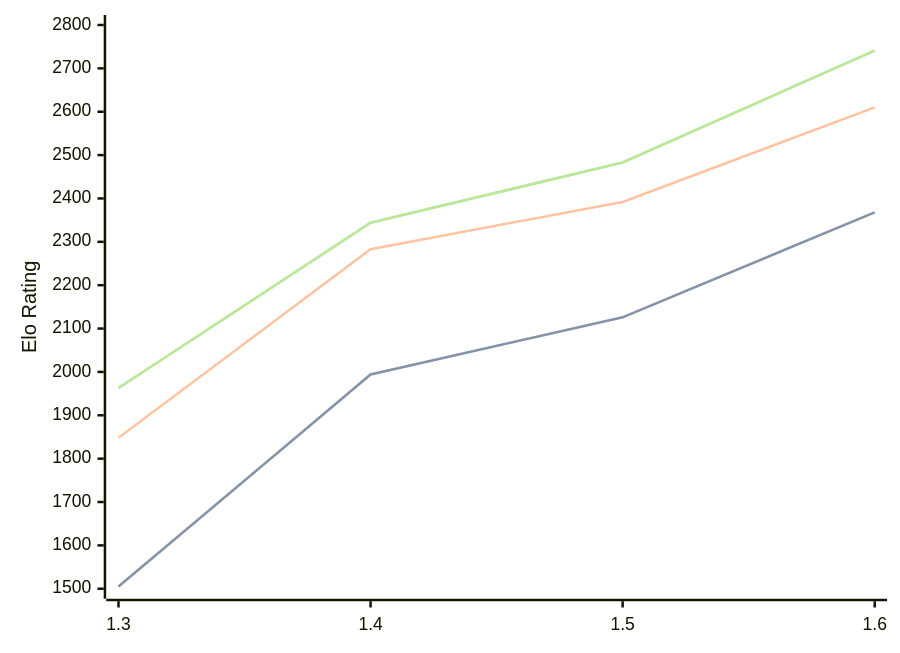
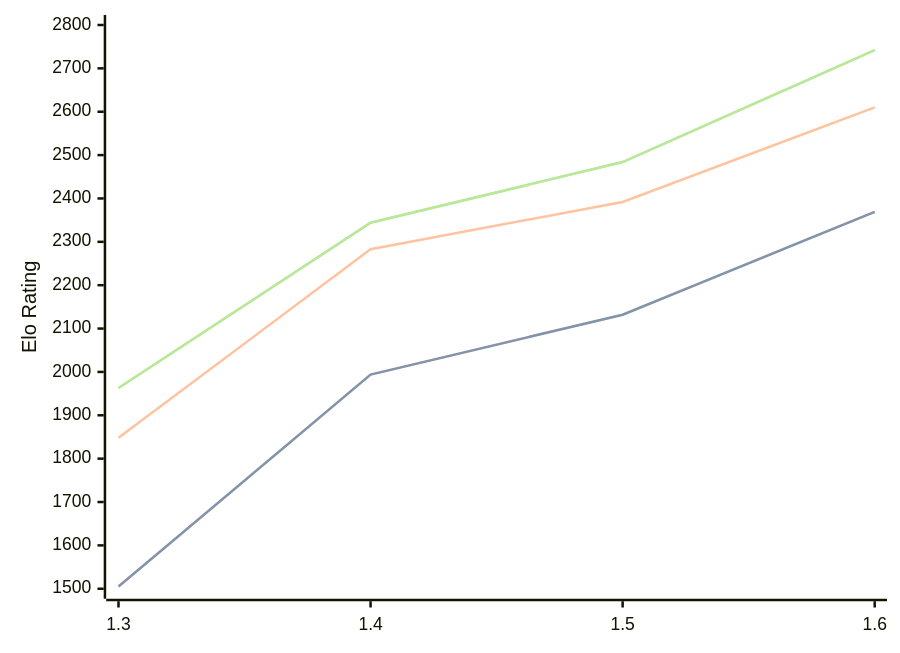
Before and after one commit to computer-chess-index/cci: the first of 3 diagrams in engines/Facon.md, drawn with Mermaid. The commit also changed other lines of this file, not shown here.

Commit message:
Update CCI Ratings (ELO VLTC) - 2026-07-11

````diff
--- a/engines/Facon.md
+++ b/engines/Facon.md
@@ -37,11 +37,11 @@
 ```mermaid
 %%{init: {"theme":"base","themeVariables":{"seriesColors:['#a3a3a3','#222221','#faa371']}}}%%
 xychart-beta
   x-axis ["1.3", "1.4", "1.5", "1.6"]
   y-axis "Elo Rating" 1500 --> 2800
-  line "STC (8.0+0.08s)" [1505, 1994, 2126, 2368]
-  line "STC (8.0+0.08s)" [1505, 1994, 2126, 2368]
+  line "STC (8.0+0.08s)" [1505, 1994, 2132, 2369]
+  line "STC (8.0+0.08s)" [1505, 1994, 2132, 2369]
   line "LTC (60.0+0.60s)" [1848, 2283, 2392, 2610]
-  line "VLTC (2m24s+1.12s)" [1963, 2344, 2483, 2741]
-  line "VLTC (2m24s+1.12s)" [1963, 2344, 2483, 2741]
+  line "VLTC (2m24s+1.12s)" [1963, 2344, 2484, 2742]
+  line "VLTC (2m24s+1.12s)" [1963, 2344, 2484, 2742]
 ```
````
